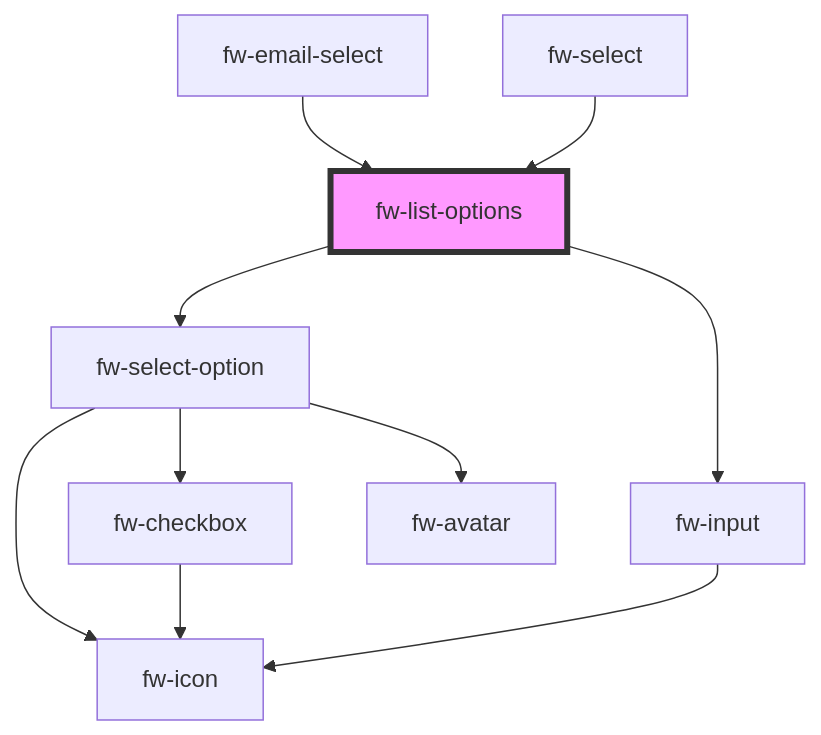
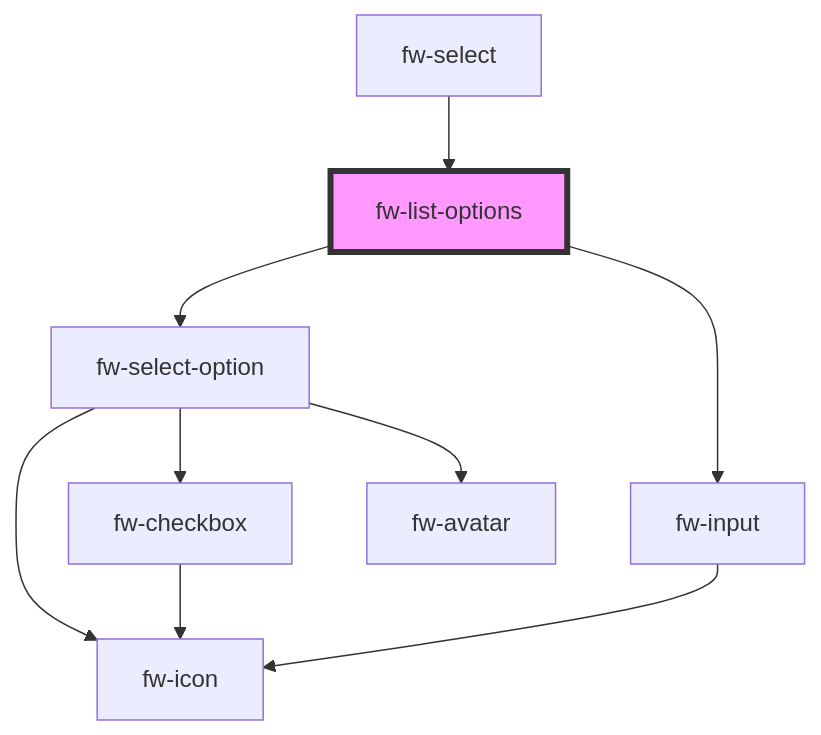
The diagram in packages/crayons-core/src/components/options-list/readme.md (freshworks/crayons), drawn with Mermaid before and after one commit. The commit also changed other lines of this file and 10 other files, not shown here.

````diff
--- a/packages/crayons-core/src/components/options-list/readme.md
+++ b/packages/crayons-core/src/components/options-list/readme.md
@@ -179,13 +178,12 @@
 ```mermaid
 graph TD;
   fw-list-options --> fw-select-option
   fw-list-options --> fw-input
   fw-select-option --> fw-icon
   fw-select-option --> fw-checkbox
   fw-select-option --> fw-avatar
   fw-checkbox --> fw-icon
   fw-input --> fw-icon
-  fw-email-select --> fw-list-options
   fw-select --> fw-list-options
   style fw-list-options fill:#f9f,stroke:#333,stroke-width:4px
 ```
````
